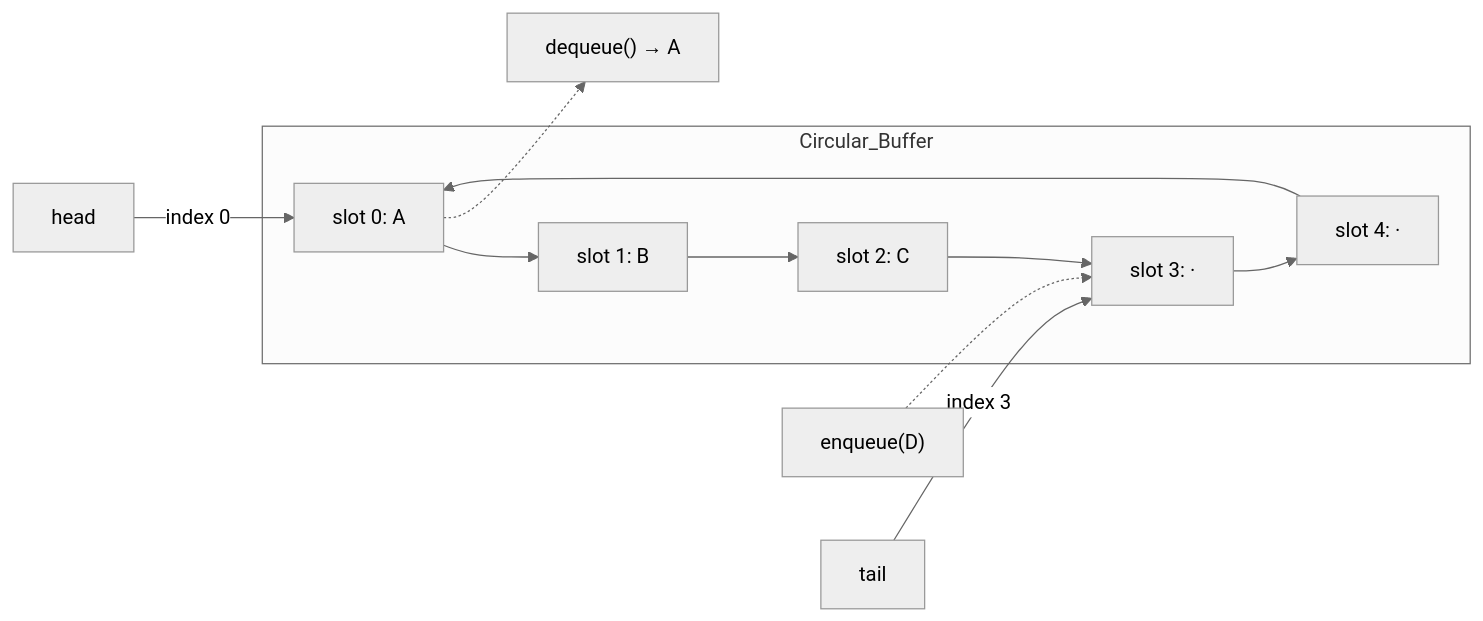
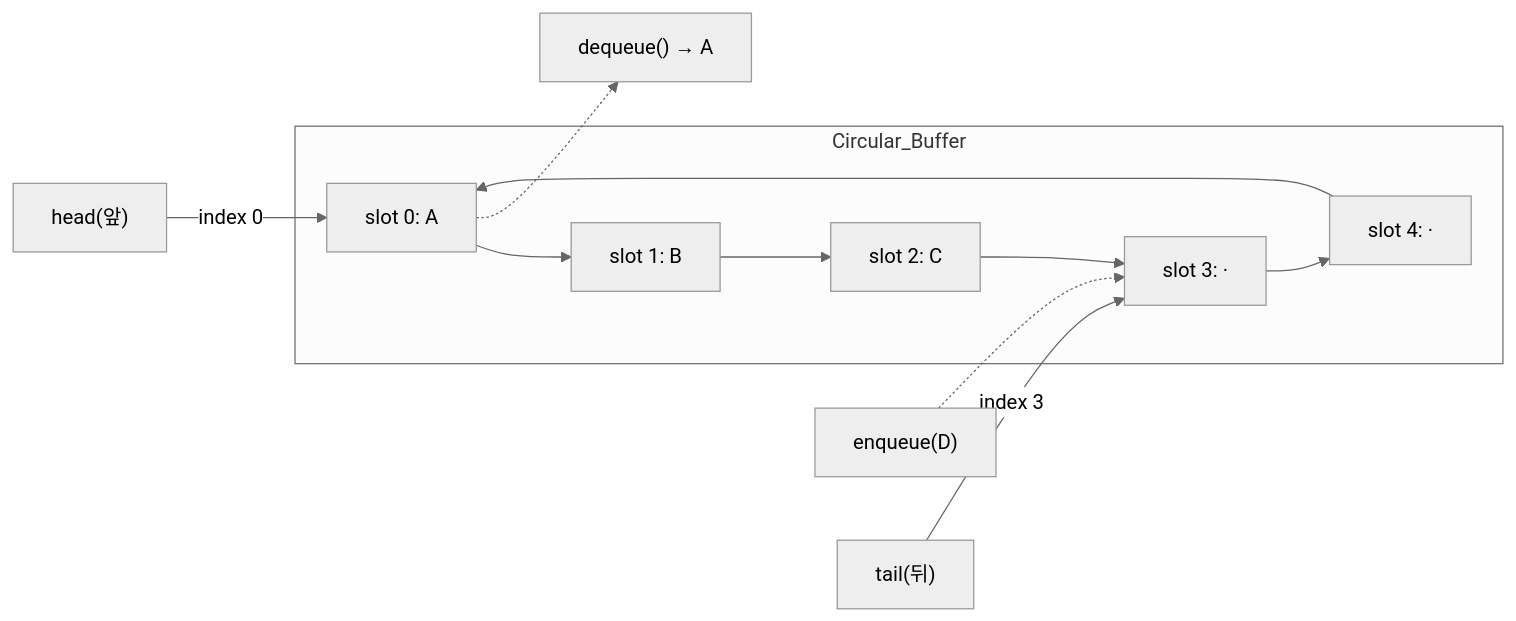
One commit to mandoobox/mandoobox.github.io changed the eighth of 43 diagrams in _posts/cs-note/2026-02-27-data-structure.md. Above: the diagram before and after it, drawn with Mermaid (neutral theme). The commit also changed other lines of this file and 18 other files, not shown here.

````diff
--- a/_posts/cs-note/2026-02-27-data-structure.md
+++ b/_posts/cs-note/2026-02-27-data-structure.md
@@ -218,11 +218,11 @@
 ```mermaid
 flowchart LR
   subgraph Circular_Buffer
     S0["slot 0: A"] --> S1["slot 1: B"] --> S2["slot 2: C"] --> S3["slot 3: ·"] --> S4["slot 4: ·"]
     S4 --> S0
   end
   ENQ["enqueue(D)"] -.-> S3
   S0 -.-> DEQ["dequeue() → A"]
-  HEAD["head"] -->|index 0| S0
-  TAIL["tail"] -->|index 3| S3
+  HEAD["head(앞)"] -->|index 0| S0
+  TAIL["tail(뒤)"] -->|index 3| S3
 ```
````
